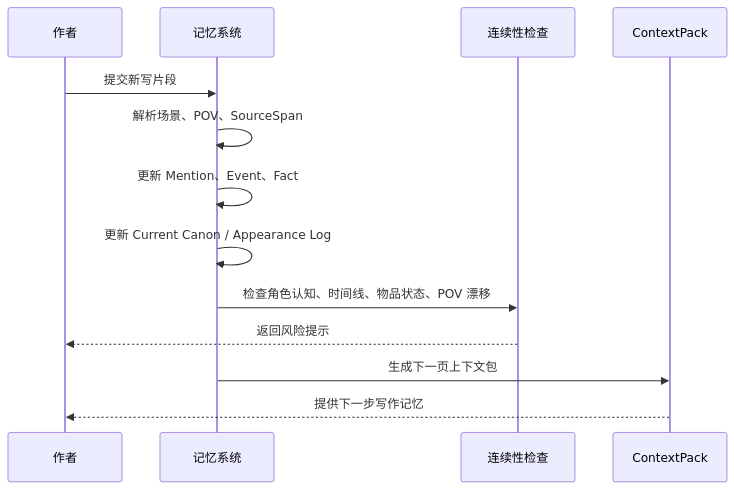
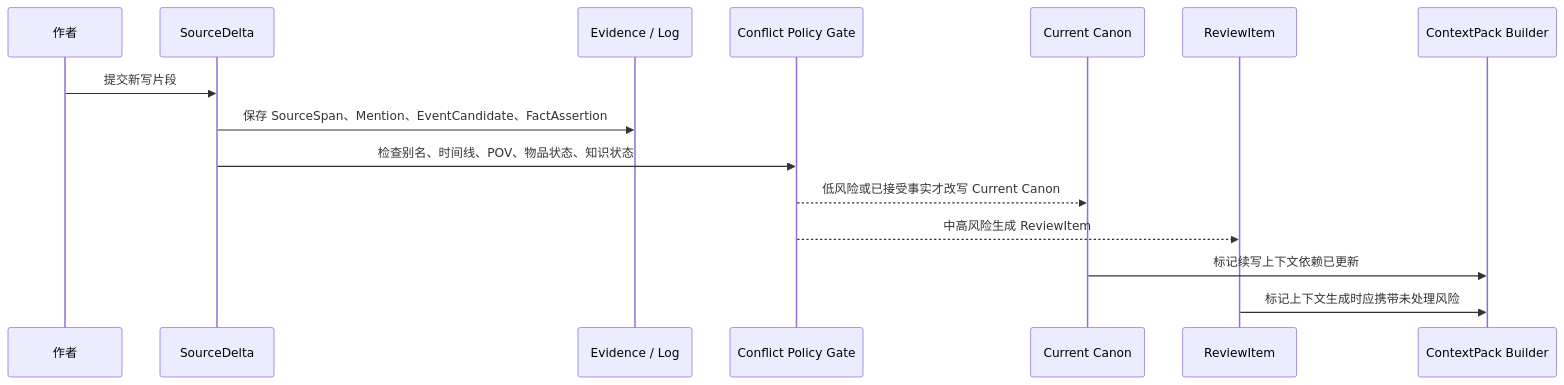
One commit to FrankQDWang/sextantlabs changed the third of 6 diagrams in goals/01-data-flow.md. Above: the diagram before and after it, drawn with Mermaid. The commit also changed other lines of this file and 16 other files, not shown here.

````diff
--- a/goals/01-data-flow.md
+++ b/goals/01-data-flow.md
@@ -68,16 +83,18 @@
 ```mermaid
 sequenceDiagram
     participant Author as 作者
-    participant Memory as 记忆系统
-    participant Check as 连续性检查
-    participant Pack as ContextPack
+    participant Delta as SourceDelta
+    participant Log as Evidence / Log
+    participant Gate as Conflict Policy Gate
+    participant Canon as Current Canon
+    participant Review as ReviewItem
+    participant Pack as ContextPack Builder
 
-    Author->>Memory: 提交新写片段
-    Memory->>Memory: 解析场景、POV、SourceSpan
-    Memory->>Memory: 更新 Mention、Event、Fact
-    Memory->>Memory: 更新 Current Canon / Appearance Log
-    Memory->>Check: 检查角色认知、时间线、物品状态、POV 漂移
-    Check-->>Author: 返回风险提示
-    Memory->>Pack: 生成下一页上下文包
-    Pack-->>Author: 提供下一步写作记忆
+    Author->>Delta: 提交新写片段
+    Delta->>Log: 保存 SourceSpan、Mention、EventCandidate、FactAssertion
+    Delta->>Gate: 检查别名、时间线、POV、物品状态、知识状态
+    Gate-->>Canon: 低风险或已接受事实才改写 Current Canon
+    Gate-->>Review: 中高风险生成 ReviewItem
+    Canon->>Pack: 标记续写上下文依赖已更新
+    Review->>Pack: 标记上下文生成时应携带未处理风险
 ```
````
